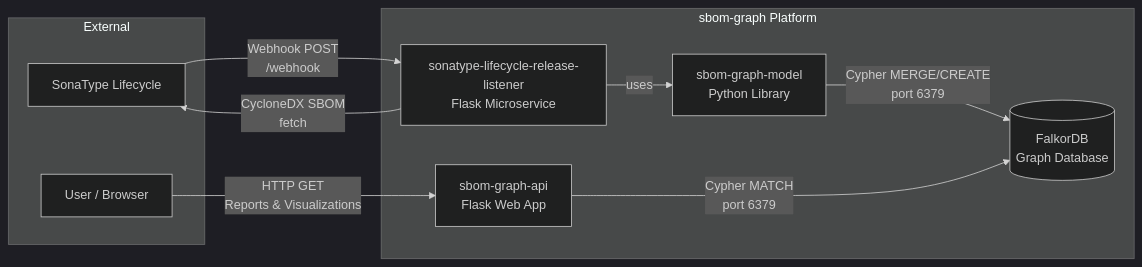
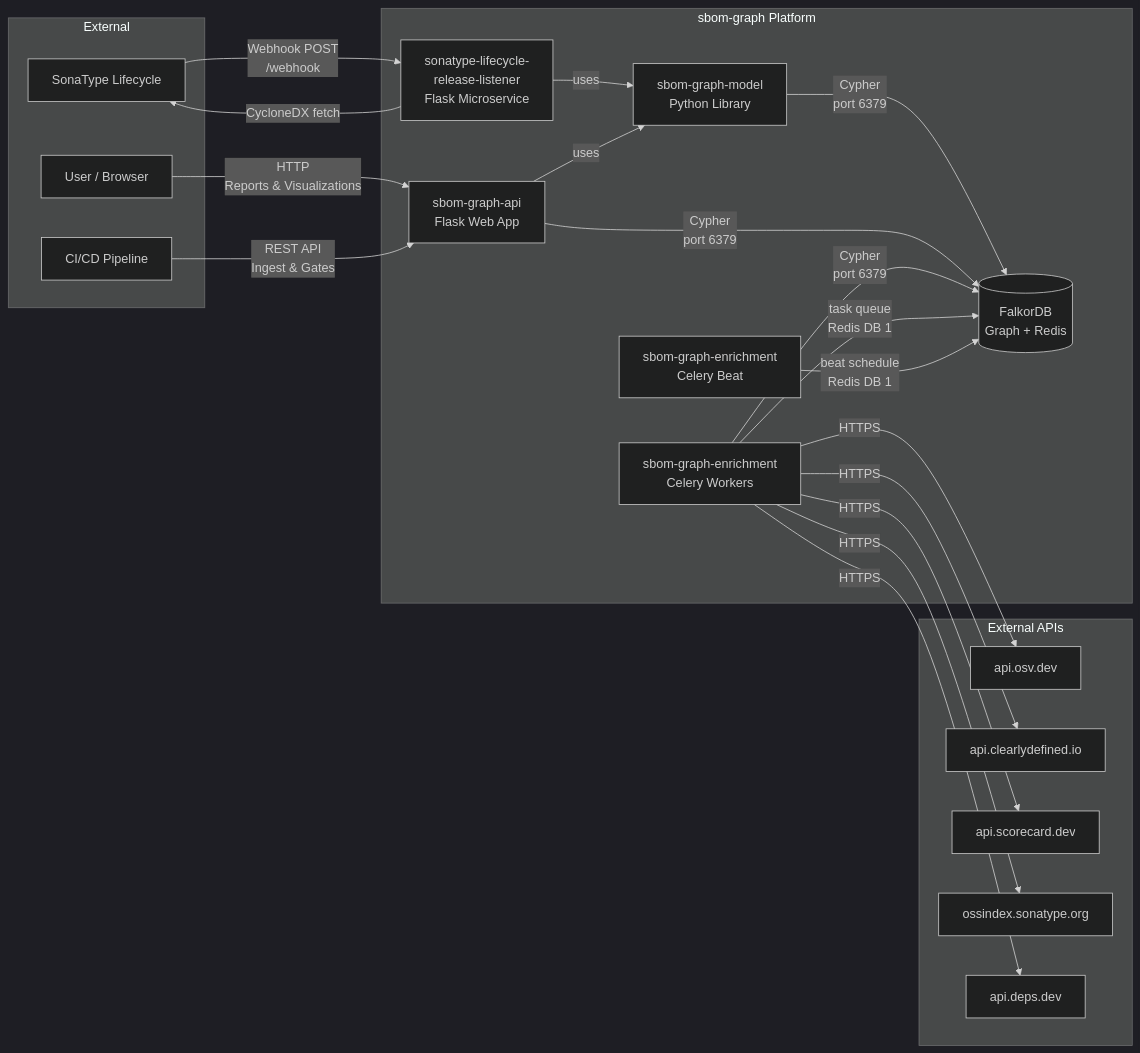
One commit to mimecast/sbom-graph changed the first of 4 diagrams in SPECIFICATION.md. Above: the diagram before and after it, drawn with Mermaid (dark theme). The commit also changed other lines of this file and 38 other files, not shown here.

````diff
--- a/SPECIFICATION.md
+++ b/SPECIFICATION.md
@@ -21,21 +29,42 @@
 ```mermaid
 graph LR
     subgraph External
         ST[SonaType Lifecycle]
         U[User / Browser]
+        CI[CI/CD Pipeline]
     end
 
-    subgraph sbom-graph Platform
-        RL[sonatype-lifecycle-release-listener<br/>Flask Microservice]
-        FDB[(FalkorDB<br/>Graph Database)]
+    subgraph "External APIs"
+        OSV[api.osv.dev]
+        CD[api.clearlydefined.io]
+        SC[api.scorecard.dev]
+        OI[ossindex.sonatype.org]
+        DD[api.deps.dev]
+    end
+
+    subgraph "sbom-graph Platform"
+        RL[sonatype-lifecycle-<br/>release-listener<br/>Flask Microservice]
+        FDB[(FalkorDB<br/>Graph + Redis)]
         ADV[sbom-graph-api<br/>Flask Web App]
         ASM[sbom-graph-model<br/>Python Library]
+        CW[sbom-graph-enrichment<br/>Celery Workers]
+        CB[sbom-graph-enrichment<br/>Celery Beat]
     end
 
     ST -- "Webhook POST<br/>/webhook" --> RL
-    RL -- "CycloneDX SBOM<br/>fetch" --> ST
+    RL -- "CycloneDX fetch" --> ST
     RL -- "uses" --> ASM
-    ASM -- "Cypher MERGE/CREATE<br/>port 6379" --> FDB
-    ADV -- "Cypher MATCH<br/>port 6379" --> FDB
-    U -- "HTTP GET<br/>Reports & Visualizations" --> ADV
+    ASM -- "Cypher<br/>port 6379" --> FDB
+    ADV -- "Cypher<br/>port 6379" --> FDB
+    ADV -- "uses" --> ASM
+    U -- "HTTP<br/>Reports & Visualizations" --> ADV
+    CI -- "REST API<br/>Ingest & Gates" --> ADV
+    CW -- "Cypher<br/>port 6379" --> FDB
+    CW -- "task queue<br/>Redis DB 1" --> FDB
+    CB -- "beat schedule<br/>Redis DB 1" --> FDB
+    CW -- "HTTPS" --> OSV
+    CW -- "HTTPS" --> CD
+    CW -- "HTTPS" --> SC
+    CW -- "HTTPS" --> OI
+    CW -- "HTTPS" --> DD
 ```
````
